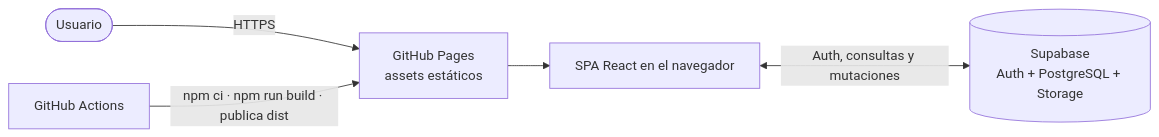
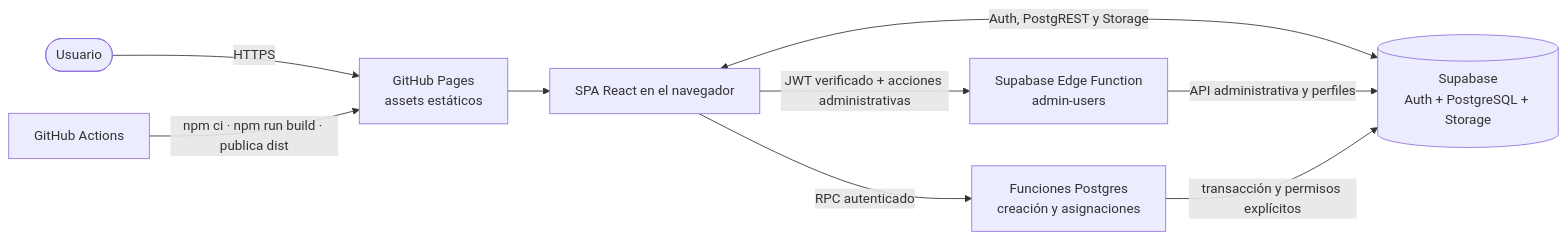
Before and after one commit to furthurr/dashboardFurthurr: the diagram in .architecture/README.md, drawn with Mermaid. The commit also changed other lines of this file and 61 other files, not shown here.

````diff
--- a/.architecture/README.md
+++ b/.architecture/README.md
@@ -26,7 +27,11 @@
 ```mermaid
 flowchart LR
   user([Usuario]) -->|HTTPS| pages[GitHub Pages<br/>assets estáticos]
   pages --> browser[SPA React en el navegador]
-  browser <-->|Auth, consultas y mutaciones| supabase[(Supabase<br/>Auth + PostgreSQL + Storage)]
+  browser <-->|Auth, PostgREST y Storage| supabase[(Supabase<br/>Auth + PostgreSQL + Storage)]
+  browser -->|JWT verificado + acciones administrativas| edge[Supabase Edge Function<br/>admin-users]
+  edge -->|API administrativa y perfiles| supabase
+  browser -->|RPC autenticado| rpc[Funciones Postgres<br/>creación y asignaciones]
+  rpc -->|transacción y permisos explícitos| supabase
   actions[GitHub Actions] -->|npm ci · npm run build · publica dist| pages
 ```
````
